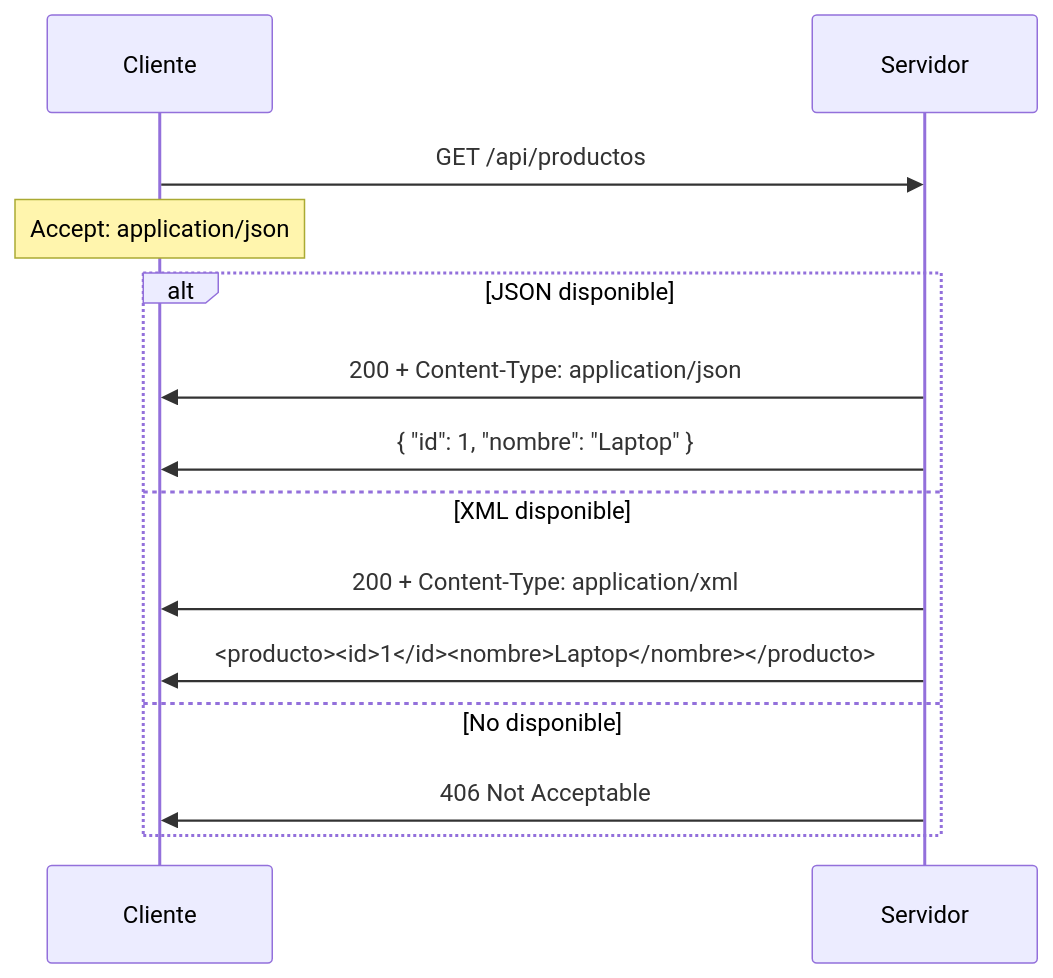
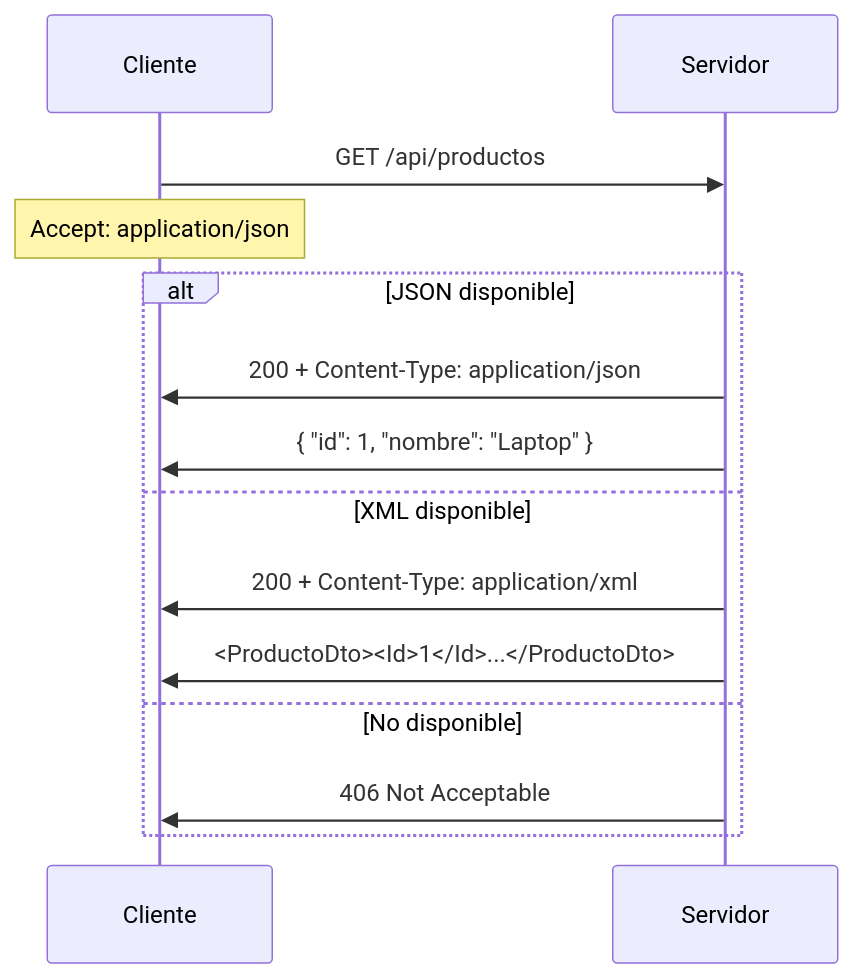
One commit to joseluisgs/DesarrolloWebEntornosServidor-02-2026-2027 changed diagram 11 of 11 in 08-dtos-mapeadores-validaciones.md. Above: the diagram before and after it, drawn with Mermaid. The commit also changed other lines of this file, not shown here.

````diff
--- a/08-dtos-mapeadores-validaciones.md
+++ b/08-dtos-mapeadores-validaciones.md
@@ -1090,18 +1094,18 @@
 ```mermaid
 sequenceDiagram
     participant C as Cliente
     participant S as Servidor
 
     C->>S: GET /api/productos
     Note over C: Accept: application/json
 
     alt JSON disponible
         S->>C: 200 + Content-Type: application/json
         S->>C: { "id": 1, "nombre": "Laptop" }
     else XML disponible
         S->>C: 200 + Content-Type: application/xml
-        S->>C: <producto><id>1</id><nombre>Laptop</nombre></producto>
+        S->>C: <ProductoDto><Id>1</Id>...</ProductoDto>
     else No disponible
         S->>C: 406 Not Acceptable
     end
 ```
````
